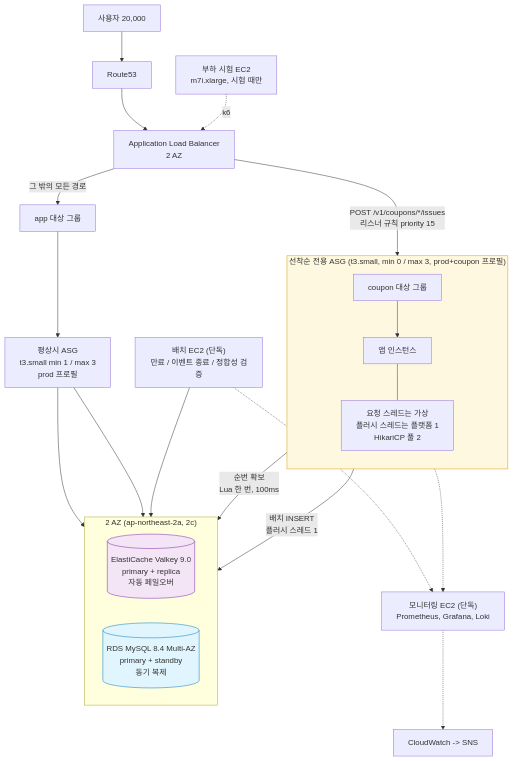
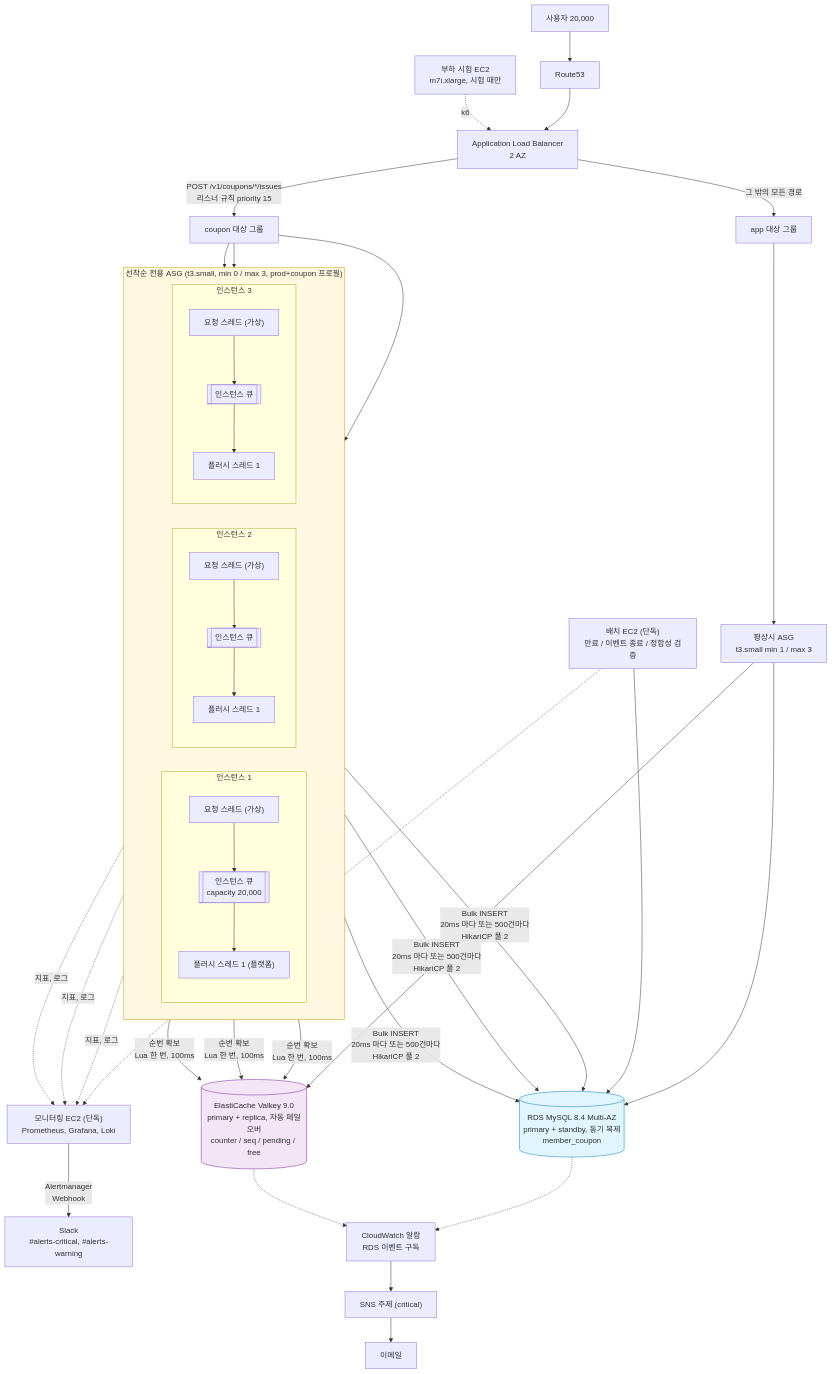
Before and after one commit to fresh-market/fm-backend: the first of 2 diagrams in README.md, drawn with Mermaid. The commit also changed other lines of this file, not shown here.

Commit message:
[Docs] 인스턴스별 큐와 알림 경로를 구조 그림에 넣는다

````diff
--- a/README.md
+++ b/README.md
@@ -253,41 +253,53 @@
 ```mermaid
 flowchart TB
     U["사용자 20,000"] --> R53["Route53"]
     R53 --> ALB["Application Load Balancer<br/>2 AZ"]
 
     ALB -->|"POST /v1/coupons/*/issues<br/>리스너 규칙 priority 15"| TGC["coupon 대상 그룹"]
     ALB -->|"그 밖의 모든 경로"| TGA["app 대상 그룹"]
-
-    TGA --> ASGA["평상시 ASG<br/>t3.small  min 1 / max 3<br/>prod 프로필"]
+    TGA --> ASGA["평상시 ASG<br/>t3.small  min 1 / max 3"]
 
     subgraph COUPON["선착순 전용 ASG (t3.small, min 0 / max 3, prod+coupon 프로필)"]
-        direction TB
-        TGC --> APP1["앱 인스턴스"]
-        APP1 --- DESC["요청 스레드는 가상<br/>플러시 스레드는 플랫폼 1<br/>HikariCP 풀 2"]
+        direction LR
+        subgraph I1["인스턴스 1"]
+            direction TB
+            V1["요청 스레드 (가상)"] --> Q1[["인스턴스 큐<br/>capacity 20,000"]]
+            Q1 --> F1["플러시 스레드 1 (플랫폼)"]
+        end
+        subgraph I2["인스턴스 2"]
+            direction TB
+            V2["요청 스레드 (가상)"] --> Q2[["인스턴스 큐"]]
+            Q2 --> F2["플러시 스레드 1"]
+        end
+        subgraph I3["인스턴스 3"]
+            direction TB
+            V3["요청 스레드 (가상)"] --> Q3[["인스턴스 큐"]]
+            Q3 --> F3["플러시 스레드 1"]
+        end
     end
+    TGC --> I1 & I2 & I3
 
-    subgraph AZ["2 AZ (ap-northeast-2a, 2c)"]
-        direction LR
-        CACHE[("ElastiCache Valkey 9.0<br/>primary + replica<br/>자동 페일오버")]
-        RDS[("RDS MySQL 8.4 Multi-AZ<br/>primary + standby<br/>동기 복제")]
-    end
+    CACHE[("ElastiCache Valkey 9.0<br/>primary + replica, 자동 페일오버<br/>counter / seq / pending / free")]
+    RDS[("RDS MySQL 8.4 Multi-AZ<br/>primary + standby, 동기 복제<br/>member_coupon")]
 
-    BATCH["배치 EC2 (단독)<br/>만료 / 이벤트 종료 / 정합성 검증"]
-    MON["모니터링 EC2 (단독)<br/>Prometheus, Grafana, Loki"]
-    LT["부하 시험 EC2<br/>m7i.xlarge, 시험 때만"]
-    CW["CloudWatch -> SNS"]
-
-    APP1 -->|"순번 확보<br/>Lua 한 번, 100ms"| CACHE
-    APP1 -->|"배치 INSERT<br/>플러시 스레드 1"| RDS
+    V1 & V2 & V3 -->|"순번 확보<br/>Lua 한 번, 100ms"| CACHE
+    F1 & F2 & F3 -->|"Bulk INSERT<br/>20ms 마다 또는 500건마다<br/>HikariCP 풀 2"| RDS
     ASGA --> RDS
     ASGA --> CACHE
-    BATCH --> RDS
-    LT -.->|"k6"| ALB
-    APP1 -.-> MON
+
+    BATCH["배치 EC2 (단독)<br/>만료 / 이벤트 종료 / 정합성 검증"] --> RDS
+    MON["모니터링 EC2 (단독)<br/>Prometheus, Grafana, Loki"]
+    LT["부하 시험 EC2<br/>m7i.xlarge, 시험 때만"] -.->|"k6"| ALB
+
+    I1 & I2 & I3 -.->|"지표, 로그"| MON
     BATCH -.-> MON
-    MON -.-> CW
+    MON -->|"Alertmanager<br/>Webhook"| SLACK["Slack<br/>#alerts-critical, #alerts-warning"]
+    CW["CloudWatch 알람<br/>RDS 이벤트 구독"] --> SNS["SNS 주제 (critical)"]
+    SNS --> MAIL["이메일"]
+    RDS -.-> CW
+    CACHE -.-> CW
 
     style COUPON fill:#fff8e1,stroke:#d39e00
     style CACHE fill:#f3e5f5,stroke:#7b1fa2
     style RDS fill:#e1f5fe,stroke:#0277bd
 ```
````
